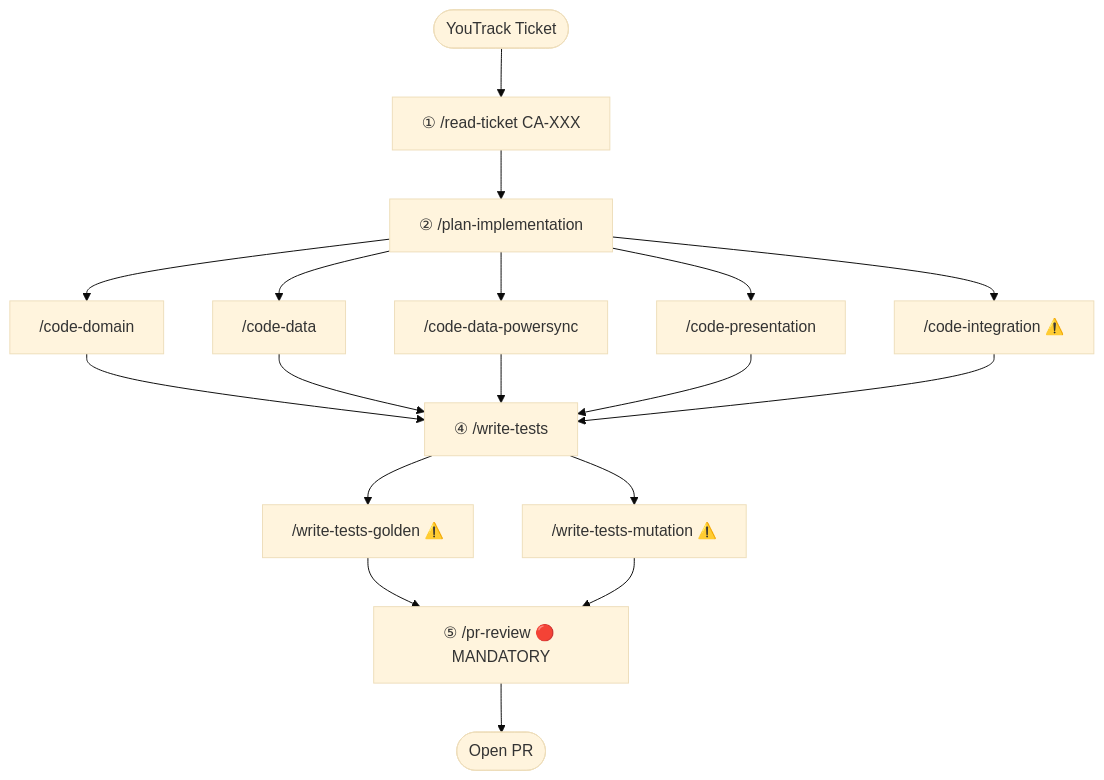
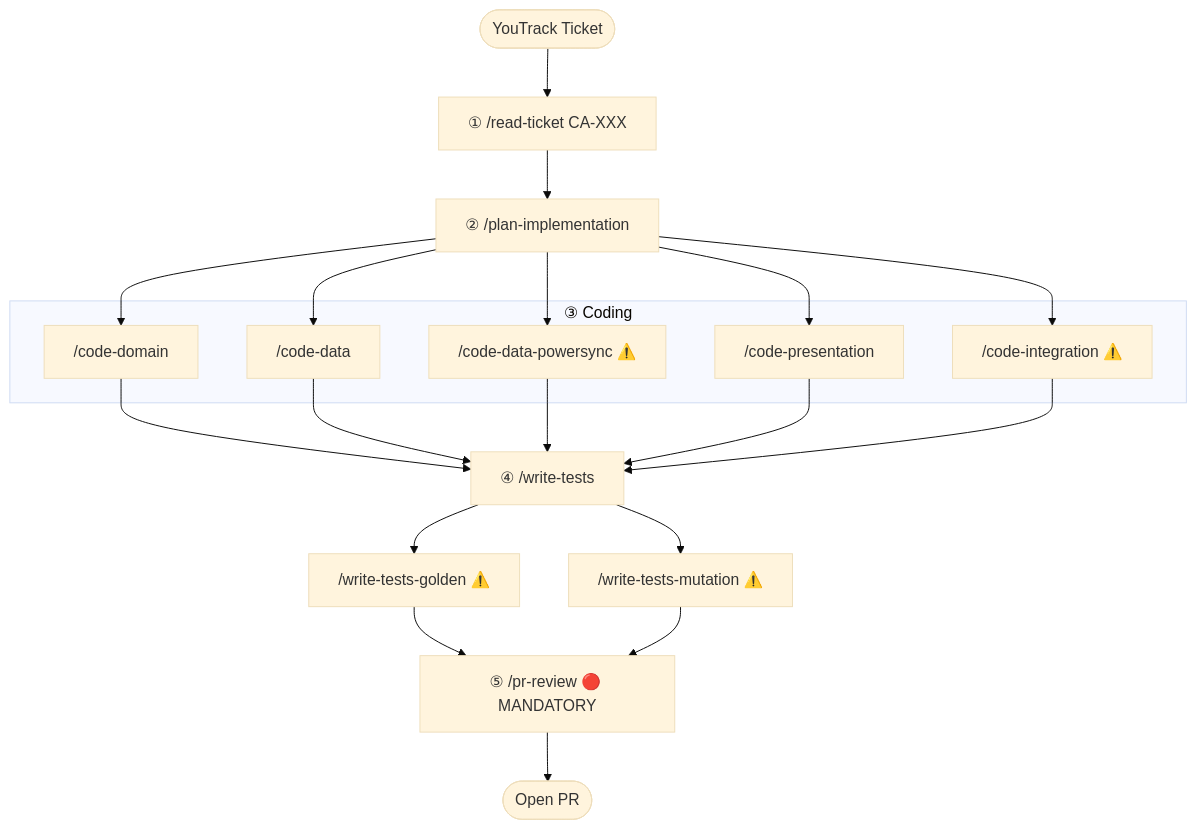
Before and after one commit to ripplearc/construculator-app: the diagram in docs/Agentic-Skills-Migration-Plan.md, drawn with Mermaid (base theme). The commit also changed other lines of this file and 1 other file, not shown here.

Commit message:
docs: address remaining review nits on the AI workflow guide
- Wrapped the Coding-stage diagram nodes in a labeled ③ subgraph, matching
  the ①②④⑤ numbering used elsewhere.
- Marked /code-data-powersync as gated (⚠️) in the diagram, skill tree, and
  slash command table, and noted in the table that it isn't merged into
  .claude/skills/ yet — it only exists on the still-open PR #368.
- Removed the plans/ gitignore confirmation bullet from Known Gaps: both
  conditions it asked about are already true (plan-implementation writes
  there, plans/ is gitignored as of #412).
- Clarified that plan-implementation's Testing Strategy section is input to
  /write-tests, not a spec /write-tests must match exactly.

````diff
--- a/docs/Agentic-Skills-Migration-Plan.md
+++ b/docs/Agentic-Skills-Migration-Plan.md
@@ -73,29 +73,31 @@
 ```mermaid
 flowchart TD
     T([YouTrack Ticket]) --> R
 
     R["① /read-ticket CA-XXX"]
     R --> P
 
     P["② /plan-implementation"]
     P --> D & DA & PS & UI & INT
 
-    D["/code-domain"]
-    DA["/code-data"]
-    PS["/code-data-powersync"]
-    UI["/code-presentation"]
-    INT["/code-integration ⚠️"]
+    subgraph S3["③ Coding"]
+        D["/code-domain"]
+        DA["/code-data"]
+        PS["/code-data-powersync ⚠️"]
+        UI["/code-presentation"]
+        INT["/code-integration ⚠️"]
+    end
 
     D & DA & PS & UI & INT --> WT
 
     WT["④ /write-tests"]
     WT --> WG & WM
 
     WG["/write-tests-golden ⚠️"]
     WM["/write-tests-mutation ⚠️"]
 
     WG & WM --> PR
 
     PR["⑤ /pr-review 🔴 MANDATORY"]
     PR --> O([Open PR])
 ```
````
